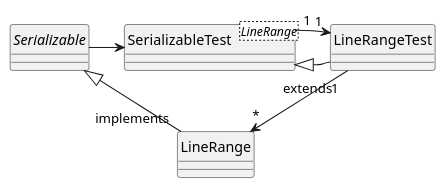
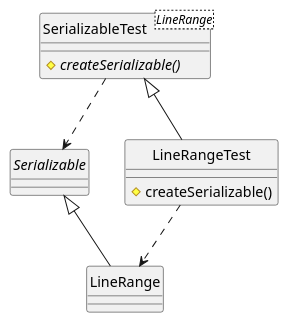
The diagram in doc/LineRangeSerializableClass.puml (jenkinsci/analysis-model), drawn with PlantUML before and after one commit. The commit also changed 2 other files, not shown here.

Commit message:
implemented UML Diagrams for Task 1.3.2 and 1.3.3 + implemented method createSerializable() in LineRangeTest.java

```diff
--- a/doc/LineRangeSerializableClass.puml
+++ b/doc/LineRangeSerializableClass.puml
@@ -1,19 +1,20 @@
 @startuml
 
 hide circle
 
 class LineRange {}
-class SerializableTest<LineRange> {}
+class SerializableTest<LineRange> {
+    {abstract} #createSerializable()
+}
 interface Serializable {}
-class LineRangeTest {}
+class LineRangeTest {
+    #createSerializable()
+}
 
-Serializable <|-- "implements" LineRange
-SerializableTest <|-- "extends" LineRangeTest
+Serializable <|-- LineRange
+SerializableTest <|-- LineRangeTest
 
-Serializable -> SerializableTest
-SerializableTest "1" -> "1" LineRangeTest
-LineRangeTest "1" -> "*" LineRange
-
-
+SerializableTest ..> Serializable
+LineRangeTest ..> LineRange
 
 @enduml
```
